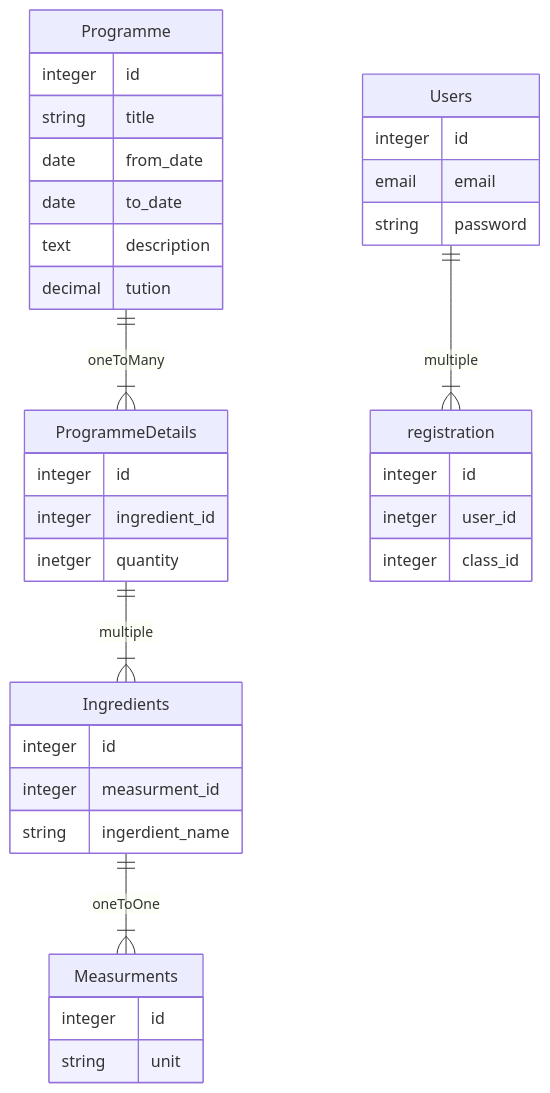
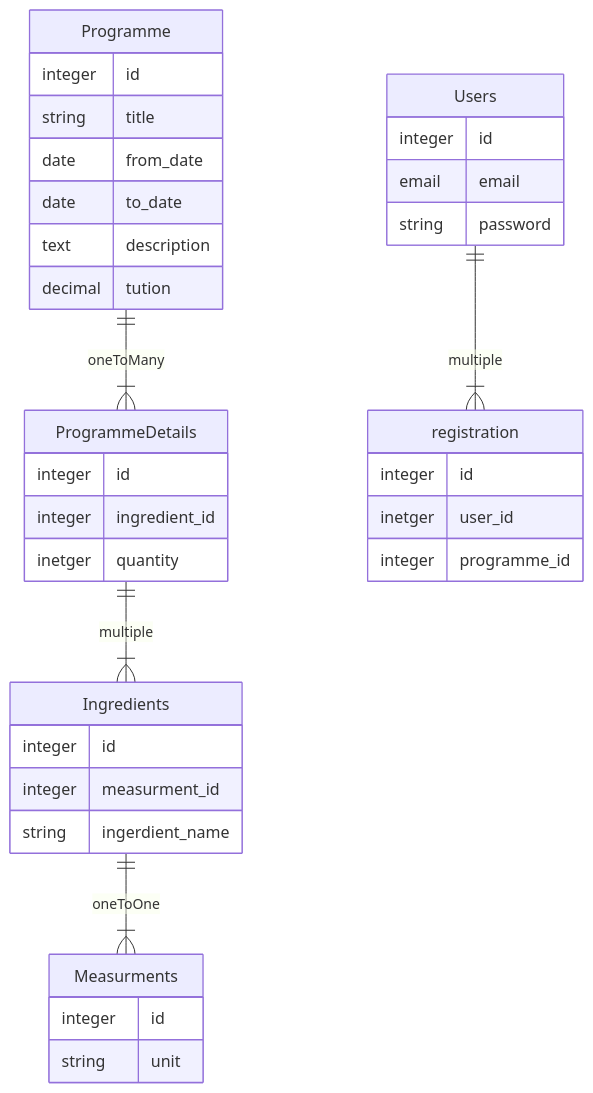
One commit to rpkrupali1/kitchen-around-you changed the diagram in README.md. Above: the diagram before and after it, drawn with Mermaid. The commit also changed 4 other files, not shown here.

````diff
--- a/README.md
+++ b/README.md
@@ -3,46 +3,46 @@
 ```mermaid
 erDiagram
     Programme ||--|{ ProgrammeDetails : oneToMany
     ProgrammeDetails ||--|{ Ingredients : multiple
     Ingredients ||--|{ Measurments: oneToOne
     Users ||--|{ registration : multiple
 
     Programme {
         integer id
         string title
         date from_date
         date to_date
         text description
         decimal tution
     }
 
   ProgrammeDetails {
         integer id
         integer ingredient_id
         inetger quantity
     }
 
     Ingredients {
         integer id
         integer measurment_id
         string ingerdient_name
     }
 
     Measurments {
         integer id
         string unit
 
     }
 
     Users {
         integer id
         email email
         string password
     }
 
     registration {
         integer id
         inetger user_id
-        integer class_id
+        integer programme_id
     }
 ```
````
